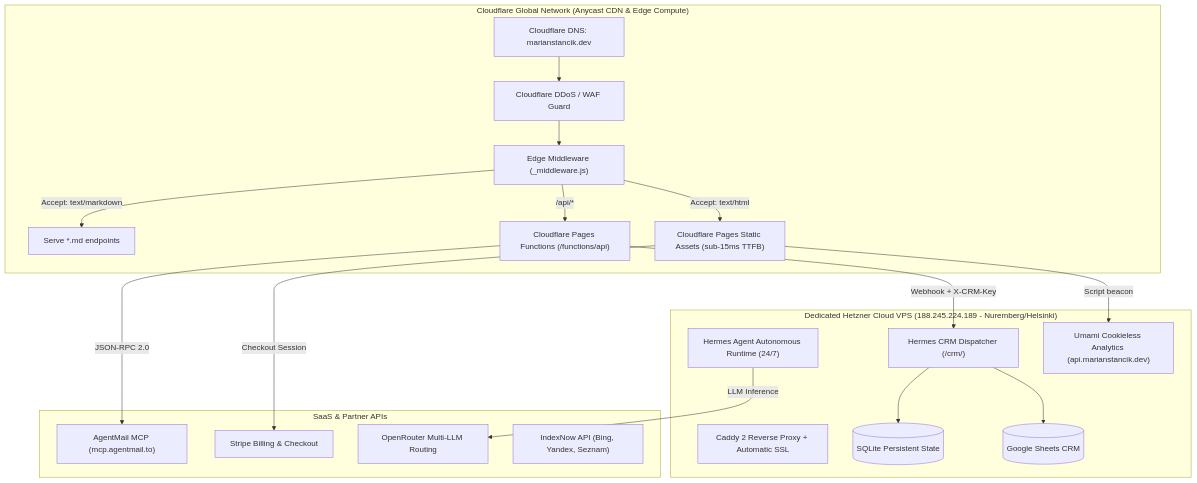
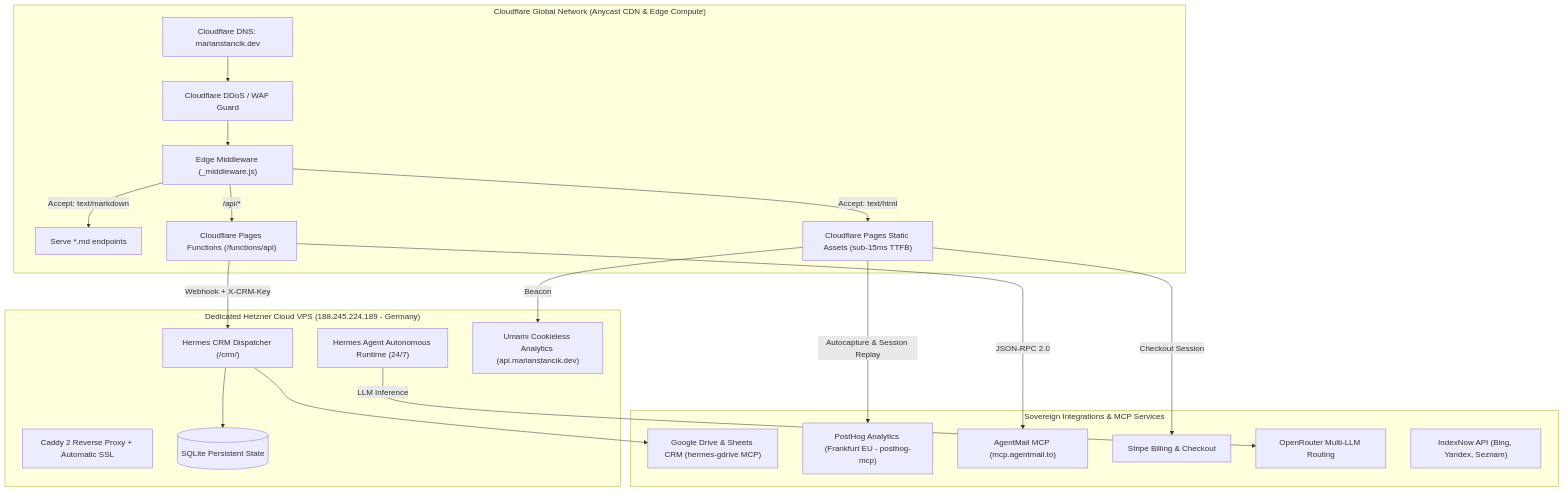
One commit to Abra7abra7/marian_stancik_dev_web changed the first of 2 diagrams in AGENTS.md. Above: the diagram before and after it, drawn with Mermaid. The commit also changed other lines of this file, not shown here.

Commit message:
docs(agents): update architecture matrix, add PostHog and GDrive, clean legacy references

````diff
--- a/AGENTS.md
+++ b/AGENTS.md
@@ -49,34 +40,36 @@
 ```mermaid
 flowchart TD
     subgraph Global Edge ["Cloudflare Global Network (Anycast CDN & Edge Compute)"]
         DNS[Cloudflare DNS: marianstancik.dev] --> WAF[Cloudflare DDoS / WAF Guard]
         WAF --> EdgeMiddleware["Edge Middleware (_middleware.js)"]
         EdgeMiddleware -->|Accept: text/markdown| MDDirect["Serve *.md endpoints"]
         EdgeMiddleware -->|Accept: text/html| PagesStatic["Cloudflare Pages Static Assets (sub-15ms TTFB)"]
         EdgeMiddleware -->|/api/*| EdgeFunctions["Cloudflare Pages Functions (/functions/api)"]
     end
 
-    subgraph European VPS ["Dedicated Hetzner Cloud VPS (188.245.224.189 - Nuremberg/Helsinki)"]
+    subgraph European VPS ["Dedicated Hetzner Cloud VPS (188.245.224.189 - Germany)"]
         Caddy[Caddy 2 Reverse Proxy + Automatic SSL]
         HermesAgent["Hermes Agent Autonomous Runtime (24/7)"]
         HermesCRM["Hermes CRM Dispatcher (/crm/)"]
         Umami["Umami Cookieless Analytics (api.marianstancik.dev)"]
         SQLiteStore[("SQLite Persistent State")]
-        GoogleSheets[("Google Sheets CRM")]
     end
 
-    subgraph External Cloud ["SaaS & Partner APIs"]
+    subgraph Sovereign Cloud & APIs ["Sovereign Integrations & MCP Services"]
+        GoogleDrive["Google Drive & Sheets CRM (hermes-gdrive MCP)"]
+        PostHogEU["PostHog Analytics (Frankfurt EU - posthog-mcp)"]
         AgentMail["AgentMail MCP (mcp.agentmail.to)"]
         StripeAPI["Stripe Billing & Checkout"]
         OpenRouter["OpenRouter Multi-LLM Routing"]
         IndexNow["IndexNow API (Bing, Yandex, Seznam)"]
     end
 
     EdgeFunctions -->|JSON-RPC 2.0| AgentMail
     EdgeFunctions -->|Webhook + X-CRM-Key| HermesCRM
     HermesCRM --> SQLiteStore
-    HermesCRM --> GoogleSheets
+    HermesCRM --> GoogleDrive
     PagesStatic -->|Checkout Session| StripeAPI
+    PagesStatic -->|Beacon| Umami
+    PagesStatic -->|Autocapture & Session Replay| PostHogEU
     HermesAgent -->|LLM Inference| OpenRouter
-    PagesStatic -->|Script beacon| Umami
 ```
````
